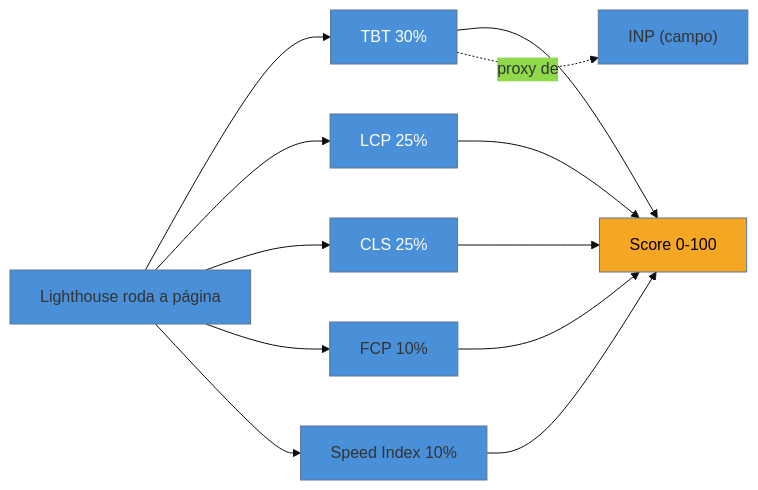
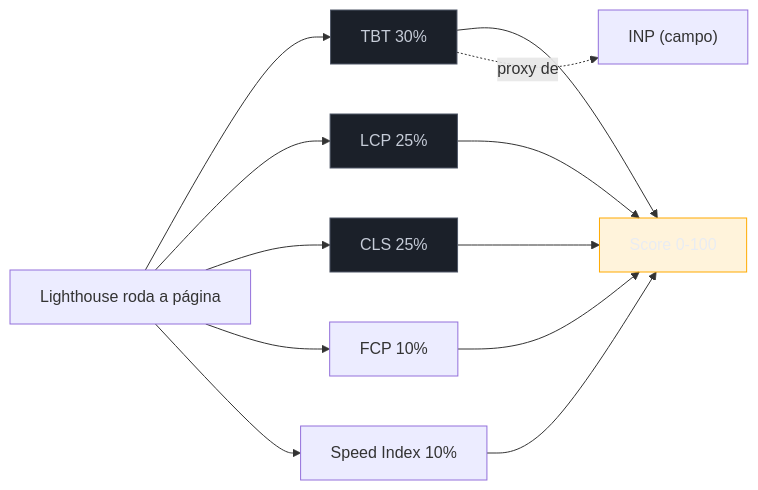
The diagram in 03-Dominios/Tecnologia/Web Performance/Medição e Core Web Vitals/04 - Lighthouse e PageSpeed Insights.md (josenaldo/codex-technomanticus), drawn with Mermaid before and after one commit. The commit also changed 1181 other files, not shown here.

First line of the commit message:
fix(diagramas): paleta do sistema no lugar de cor cravada no markdown

````diff
--- a/03-Dominios/Tecnologia/Web Performance/Medição e Core Web Vitals/04 - Lighthouse e PageSpeed Insights.md
+++ b/03-Dominios/Tecnologia/Web Performance/Medição e Core Web Vitals/04 - Lighthouse e PageSpeed Insights.md
@@ -46,19 +46,20 @@
 ```mermaid
-%%{init: {"theme": "base", "themeVariables": {"primaryColor": "#4A90D9"}}}%%
 graph LR
+    classDef neutro fill:#1B2029,stroke:#4E5666,color:#C6CCD8
+    classDef destaque fill:#FFAA0024,stroke:#FFAA00,color:#E9ECF2
     A[Lighthouse roda a página] --> B[TBT 30%]
     A --> C[LCP 25%]
     A --> D[CLS 25%]
     A --> E[FCP 10%]
     A --> F[Speed Index 10%]
     B --> G[Score 0-100]
     C --> G
     D --> G
     E --> G
     F --> G
     B -.proxy de.-> H["INP (campo)"]
-    style B fill:#4A90D9,color:#fff
-    style C fill:#4A90D9,color:#fff
-    style D fill:#4A90D9,color:#fff
-    style G fill:#F5A623,color:#000
+    class B neutro
+    class C neutro
+    class D neutro
+    class G destaque
 ```
````
